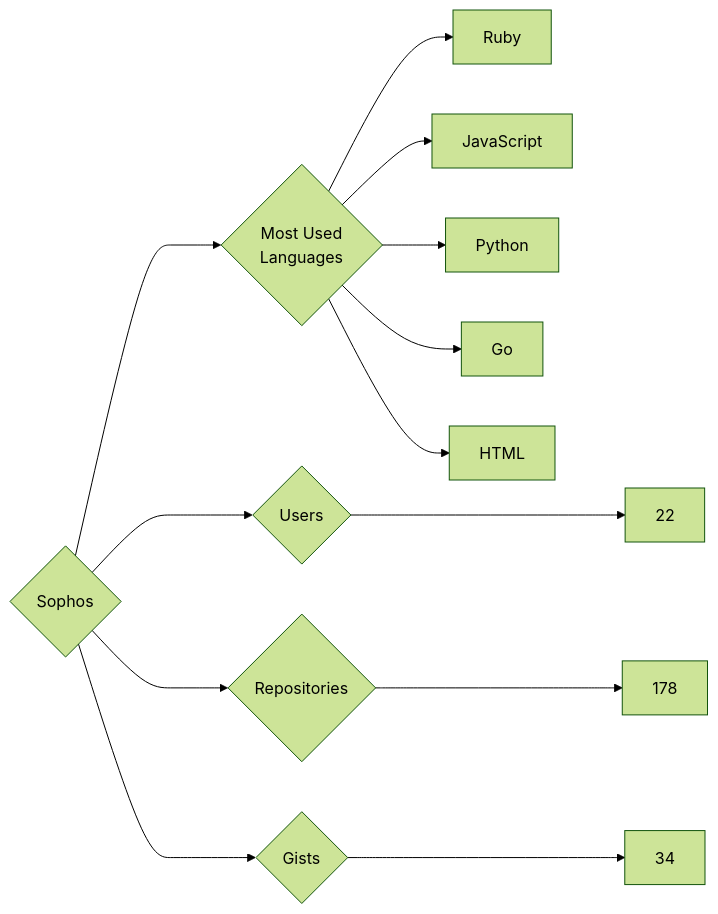
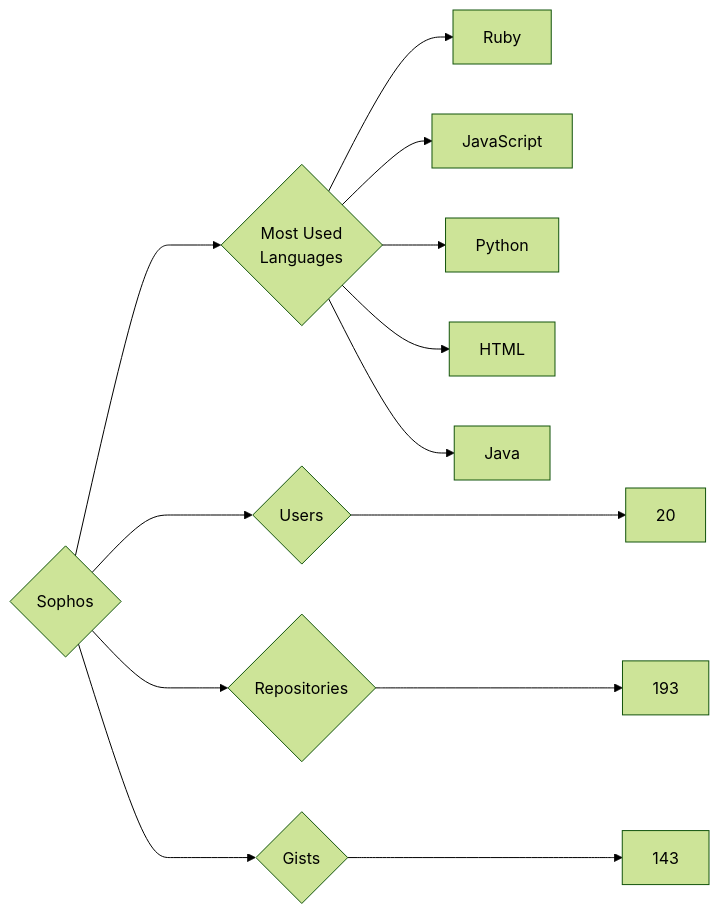
Before and after one commit to trickest/insiders: the diagram in targets/Sophos/README.md, drawn with Mermaid (forest theme). The commit also changed 948 other files, not shown here.

````diff
--- a/targets/Sophos/README.md
+++ b/targets/Sophos/README.md
@@ -3,13 +3,13 @@
 ```mermaid
 graph LR
 COMPANY_NAME{Sophos}
-COMPANY_NAME ---> U{Users} ---> UN[22]
-COMPANY_NAME ---> R{Repositories} ---> RN[178]
-COMPANY_NAME ---> G{Gists} ---> GN[34]
+COMPANY_NAME ---> U{Users} ---> UN[20]
+COMPANY_NAME ---> R{Repositories} ---> RN[193]
+COMPANY_NAME ---> G{Gists} ---> GN[143]
 COMPANY_NAME ---> ML{Most Used<br>Languages}
 ML --> Ruby[Ruby]
 ML --> JavaScript[JavaScript]
 ML --> Python[Python]
-ML --> Go[Go]
 ML --> HTML[HTML]
+ML --> Java[Java]
 ```
````
